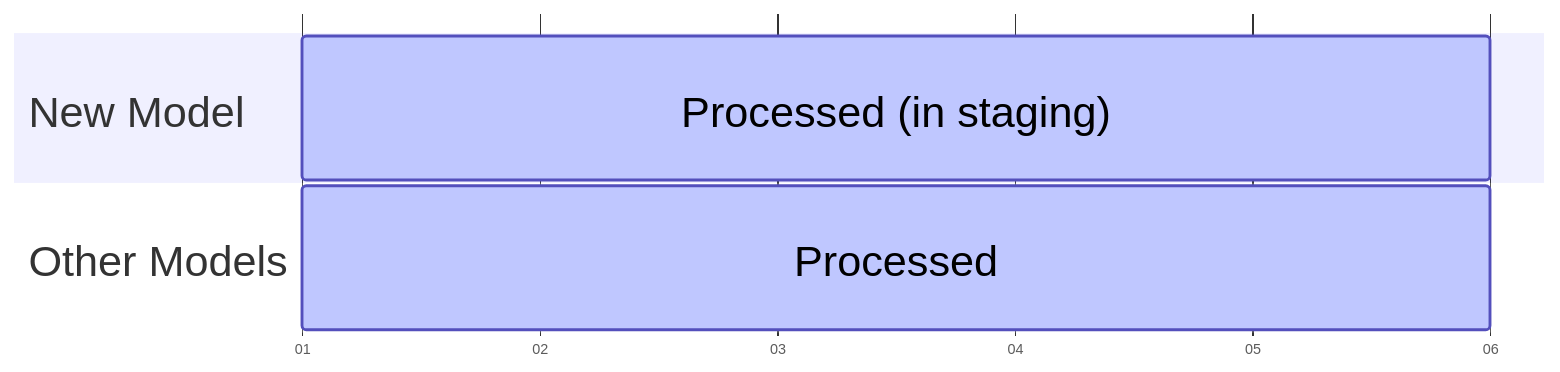
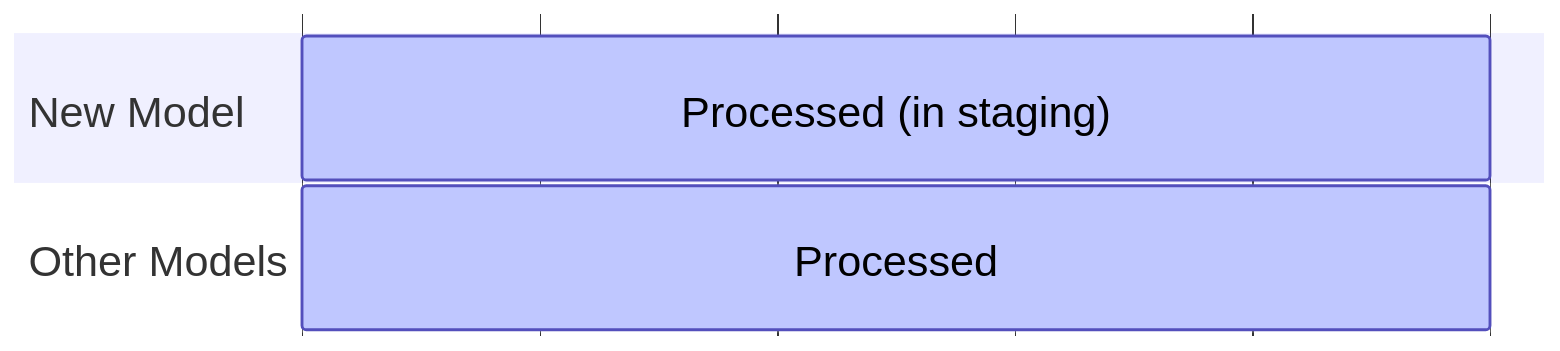
Before and after one commit to snowplow/documentation: the third of 3 diagrams in docs/modeling-your-data/modeling-your-data-with-dbt/dbt-operation/backfilling/index.md, drawn with Mermaid. The commit also changed other lines of this file and 12 other files, not shown here.

````diff
--- a/docs/modeling-your-data/modeling-your-data-with-dbt/dbt-operation/backfilling/index.md
+++ b/docs/modeling-your-data/modeling-your-data-with-dbt/dbt-operation/backfilling/index.md
@@ -72,11 +74,11 @@
 ```mermaid
 %%{init: { 'gantt': {'barHeight': 100, 'fontSize': 30, 'sectionFontSize': 30, 'leftPadding': 200, 'numberSectionStyles':3, 'displayMode': 'compact'}}}%%
 gantt
     dateFormat  YYYY-MM-DD
-    axisFormat %d
+    axisFormat  
     tickInterval 1day
     section New Model
     Processed (in staging) :active, n2, 2020-01-01, 5d
     section Other Models
     Processed :active, a1, 2020-01-01, 5d
 ```
````
